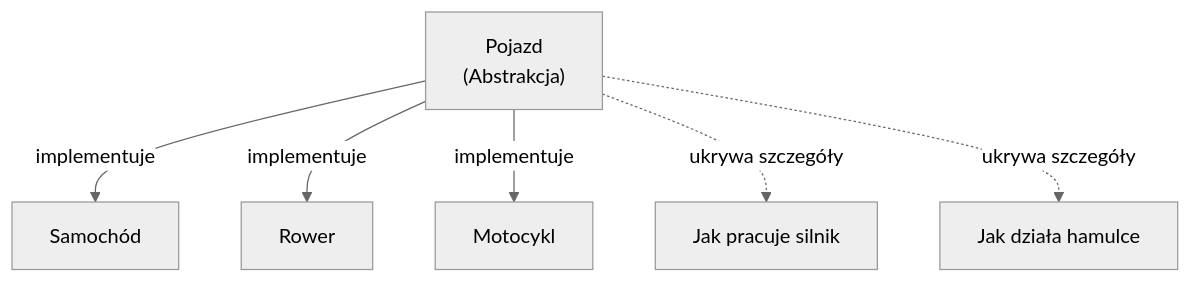
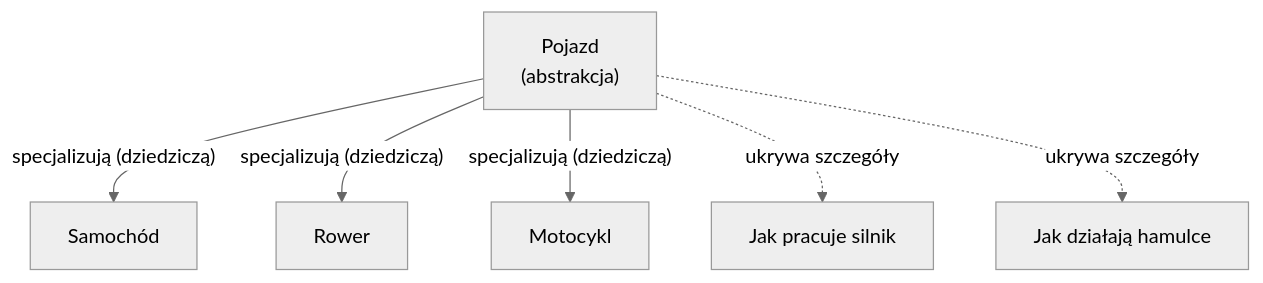
The second of 8 diagrams in src/01-klasy/_01_oop_fundamentals/README.md (tborzyszkowski/csharp-programming), drawn with Mermaid (neutral theme) before and after one commit. The commit also changed other lines of this file and 74 other files, not shown here.

````diff
--- a/src/01-klasy/_01_oop_fundamentals/README.md
+++ b/src/01-klasy/_01_oop_fundamentals/README.md
@@ -142,9 +148,9 @@
 ```mermaid
 graph TD
-    A["Pojazd<br/>(Abstrakcja)"] -->|"implementuje"| B["Samochód"]
-    A -->|"implementuje"| C["Rower"]
-    A -->|"implementuje"| D["Motocykl"]
+    A["Pojazd<br/>(abstrakcja)"] -->|"specjalizują (dziedziczą)"| B["Samochód"]
+    A -->|"specjalizują (dziedziczą)"| C["Rower"]
+    A -->|"specjalizują (dziedziczą)"| D["Motocykl"]
     
     A -.->|"ukrywa szczegóły"| E["Jak pracuje silnik"]
-    A -.->|"ukrywa szczegóły"| F["Jak działa hamulce"]
+    A -.->|"ukrywa szczegóły"| F["Jak działają hamulce"]
 ```
````
